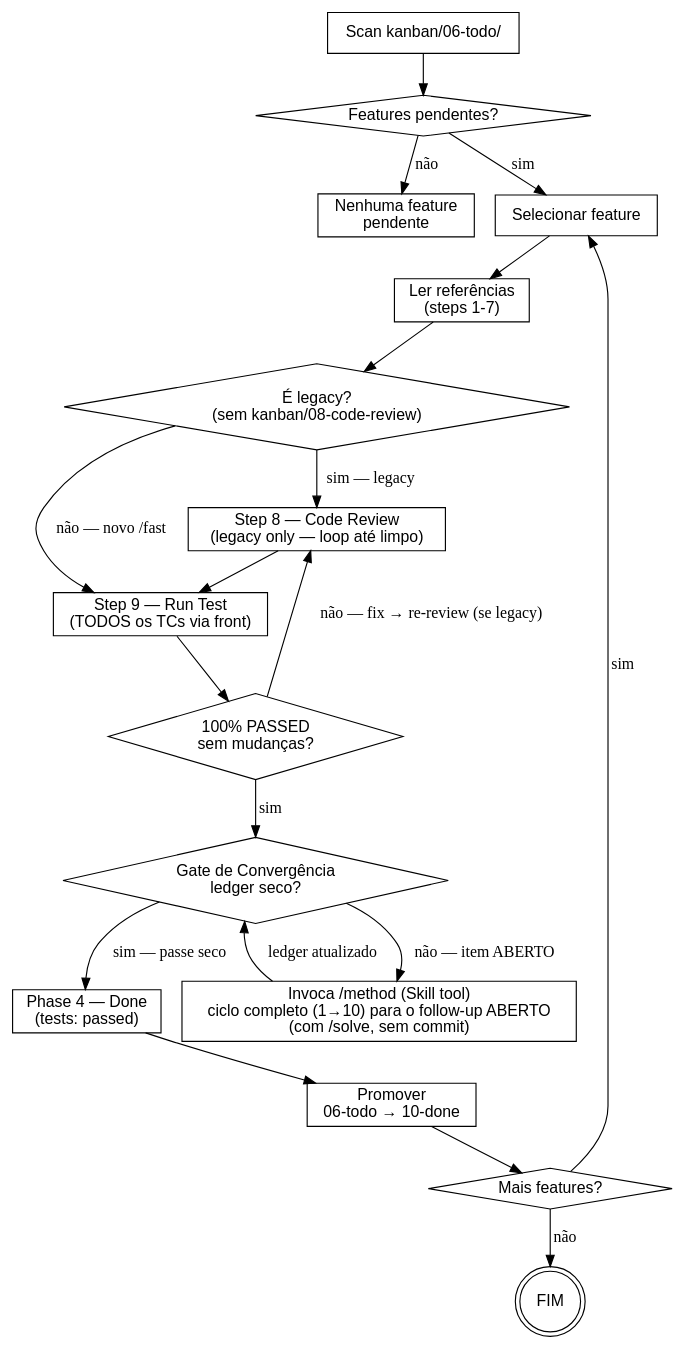
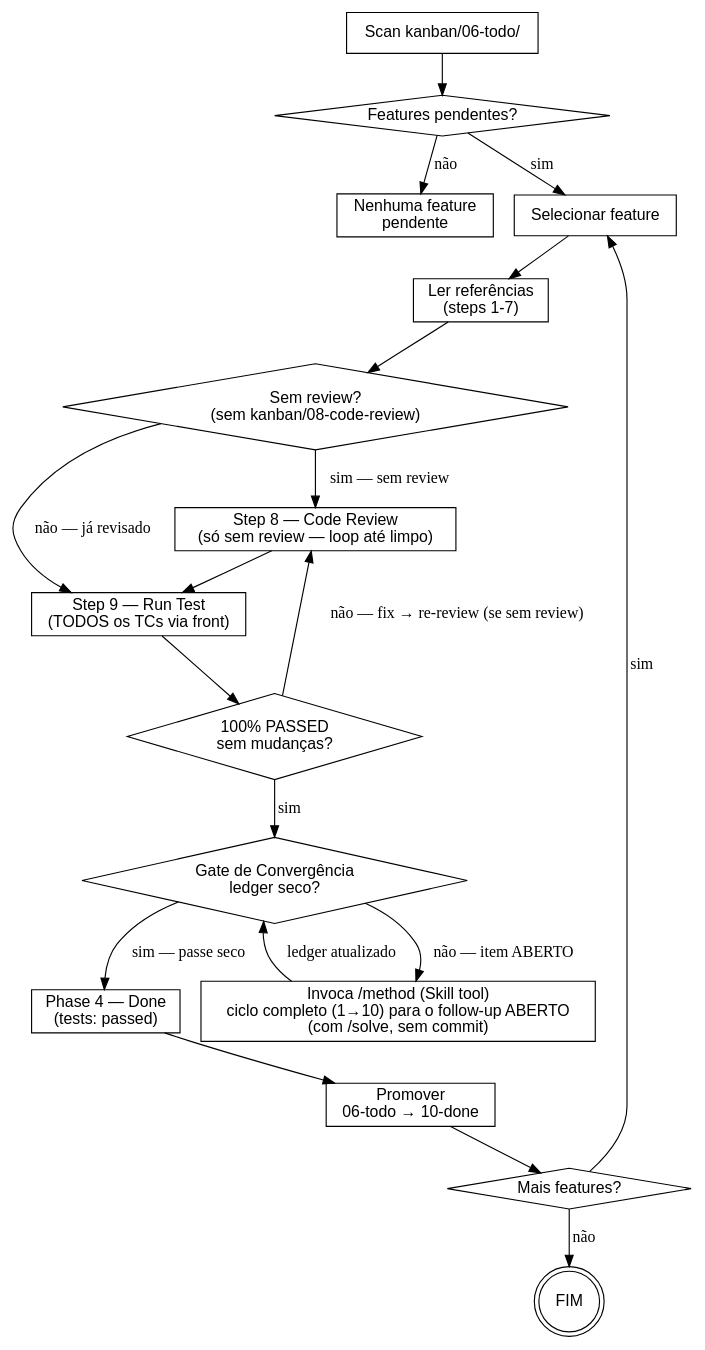
One commit to eduardofurihata/lp-skills changed the diagram in plugins/furi-build/skills/todo/SKILL.md. Above: the diagram before and after it, drawn with Graphviz. The commit also changed other lines of this file and 31 other files, not shown here.

````diff
--- a/plugins/furi-build/skills/todo/SKILL.md
+++ b/plugins/furi-build/skills/todo/SKILL.md
@@ -48,41 +48,41 @@
 ```dot
 digraph todo {
     rankdir=TB;
     node [fontname="Helvetica"];
 
     scan [label="Scan kanban/06-todo/" shape=box];
     has_features [label="Features pendentes?" shape=diamond];
     none [label="Nenhuma feature\npendente" shape=box];
     select [label="Selecionar feature" shape=box];
-    is_legacy [label="É legacy?\n(sem kanban/08-code-review)" shape=diamond];
+    sem_review [label="Sem review?\n(sem kanban/08-code-review)" shape=diamond];
     context [label="Ler referências\n(steps 1-7)" shape=box];
-    review [label="Step 8 — Code Review\n(legacy only — loop até limpo)" shape=box];
+    review [label="Step 8 — Code Review\n(só sem review — loop até limpo)" shape=box];
     testing [label="Step 9 — Run Test\n(TODOS os TCs via front)" shape=box];
     passed [label="100% PASSED\nsem mudanças?" shape=diamond];
     gate [label="Gate de Convergência\nledger seco?" shape=diamond];
     cycle [label="Invoca /method (Skill tool)\nciclo completo (1→10) para o follow-up ABERTO\n(com /solve, sem commit)" shape=box];
     done [label="Phase 4 — Done\n(tests: passed)" shape=box];
     move [label="Promover\n06-todo → 10-done" shape=box];
     more [label="Mais features?" shape=diamond];
     fim [label="FIM" shape=doublecircle];
 
     scan -> has_features;
     has_features -> none [label="não"];
     has_features -> select [label="sim"];
     select -> context;
-    context -> is_legacy;
-    is_legacy -> review [label="sim — legacy"];
-    is_legacy -> testing [label="não — novo /fast"];
+    context -> sem_review;
+    sem_review -> review [label="sim — sem review"];
+    sem_review -> testing [label="não — já revisado"];
     review -> testing;
     testing -> passed;
-    passed -> review [label="não — fix → re-review (se legacy)"];
+    passed -> review [label="não — fix → re-review (se sem review)"];
     passed -> gate [label="sim"];
     gate -> cycle [label="não — item ABERTO"];
     cycle -> gate [label="ledger atualizado"];
     gate -> done [label="sim — passe seco"];
     done -> move;
     move -> more;
     more -> select [label="sim"];
     more -> fim [label="não"];
 }
 ```
````
